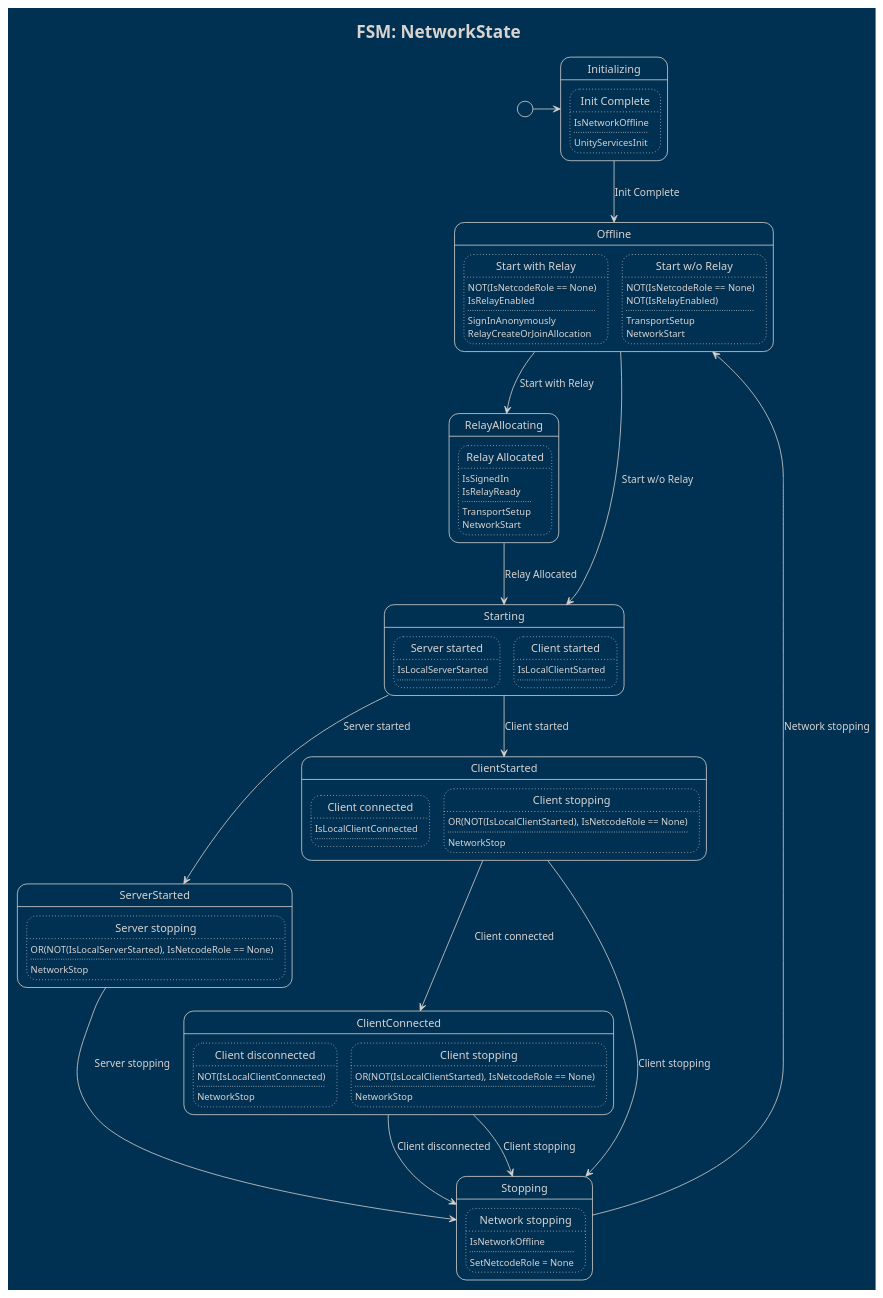
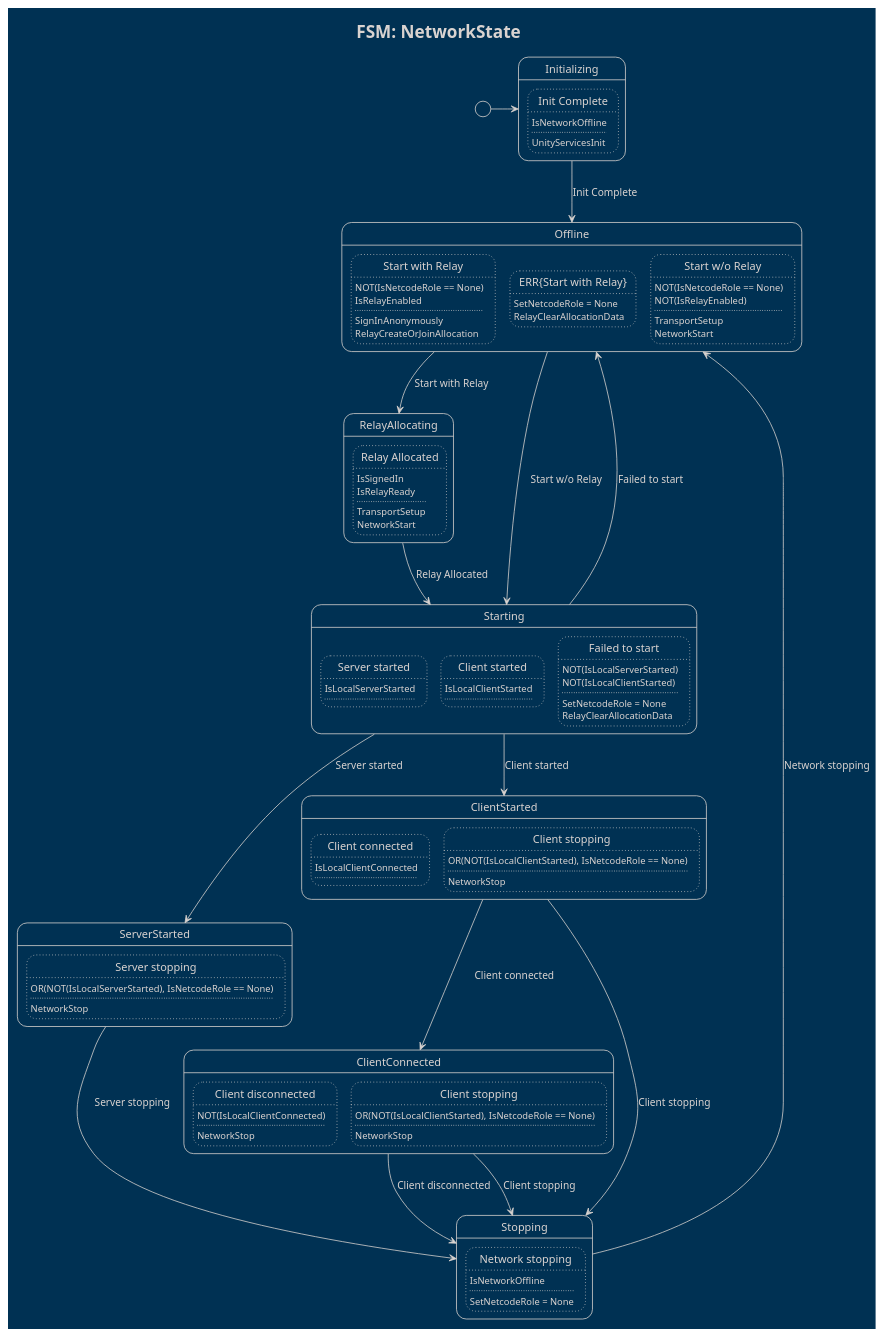
The diagram in PlantUML Diagrams/CodeSmile.BetterNetcode.Network.NetworkState.puml (CodeSmile-0000011110110111/WriteBetterNetcode), drawn with PlantUML before and after one commit. The commit also changed 8 other files, not shown here.

```diff
--- a/PlantUML Diagrams/CodeSmile.BetterNetcode.Network.NetworkState.puml
+++ b/PlantUML Diagrams/CodeSmile.BetterNetcode.Network.NetworkState.puml
@@ -1,124 +1,138 @@
 @startuml
 
 !theme blueprint
 hide empty description
 
 title FSM: NetworkState
 
 state "Initializing" as state0
 state state0 {
 	state "Init Complete" as state0_trans0
 	state state0_trans0 #line.dotted {
 		state0_trans0 : IsNetworkOffline
 		state0_trans0 : ....
 		state0_trans0 : UnityServicesInit
 	}
 }
 state "Offline" as state1
 state state1 {
 	state "Start with Relay" as state1_trans0
 	state state1_trans0 #line.dotted {
 		state1_trans0 : NOT(IsNetcodeRole == None)
 		state1_trans0 : IsRelayEnabled
 		state1_trans0 : ....
 		state1_trans0 : SignInAnonymously
 		state1_trans0 : RelayCreateOrJoinAllocation
+	}
+	state "ERR{Start with Relay}" as state1_err_trans0
+	state state1_err_trans0 #line.dotted {
+		state1_err_trans0 : SetNetcodeRole = None
+		state1_err_trans0 : RelayClearAllocationData
 	}
 	state "Start w/o Relay" as state1_trans1
 	state state1_trans1 #line.dotted {
 		state1_trans1 : NOT(IsNetcodeRole == None)
 		state1_trans1 : NOT(IsRelayEnabled)
 		state1_trans1 : ....
 		state1_trans1 : TransportSetup
 		state1_trans1 : NetworkStart
 	}
 }
 state "RelayAllocating" as state2
 state state2 {
 	state "Relay Allocated" as state2_trans0
 	state state2_trans0 #line.dotted {
 		state2_trans0 : IsSignedIn
 		state2_trans0 : IsRelayReady
 		state2_trans0 : ....
 		state2_trans0 : TransportSetup
 		state2_trans0 : NetworkStart
 	}
 }
 state "Starting" as state3
 state state3 {
 	state "Server started" as state3_trans0
 	state state3_trans0 #line.dotted {
 		state3_trans0 : IsLocalServerStarted
 		state3_trans0 : ....
 	}
 	state "Client started" as state3_trans1
 	state state3_trans1 #line.dotted {
 		state3_trans1 : IsLocalClientStarted
 		state3_trans1 : ....
+	}
+	state "Failed to start" as state3_trans2
+	state state3_trans2 #line.dotted {
+		state3_trans2 : NOT(IsLocalServerStarted)
+		state3_trans2 : NOT(IsLocalClientStarted)
+		state3_trans2 : ....
+		state3_trans2 : SetNetcodeRole = None
+		state3_trans2 : RelayClearAllocationData
 	}
 }
 state "ServerStarted" as state4
 state state4 {
 	state "Server stopping" as state4_trans0
 	state state4_trans0 #line.dotted {
 		state4_trans0 : OR(NOT(IsLocalServerStarted), IsNetcodeRole == None)
 		state4_trans0 : ....
 		state4_trans0 : NetworkStop
 	}
 }
 state "ClientStarted" as state5
 state state5 {
 	state "Client connected" as state5_trans0
 	state state5_trans0 #line.dotted {
 		state5_trans0 : IsLocalClientConnected
 		state5_trans0 : ....
 	}
 	state "Client stopping" as state5_trans1
 	state state5_trans1 #line.dotted {
 		state5_trans1 : OR(NOT(IsLocalClientStarted), IsNetcodeRole == None)
 		state5_trans1 : ....
 		state5_trans1 : NetworkStop
 	}
 }
 state "ClientConnected" as state6
 state state6 {
 	state "Client disconnected" as state6_trans0
 	state state6_trans0 #line.dotted {
 		state6_trans0 : NOT(IsLocalClientConnected)
 		state6_trans0 : ....
 		state6_trans0 : NetworkStop
 	}
 	state "Client stopping" as state6_trans1
 	state state6_trans1 #line.dotted {
 		state6_trans1 : OR(NOT(IsLocalClientStarted), IsNetcodeRole == None)
 		state6_trans1 : ....
 		state6_trans1 : NetworkStop
 	}
 }
 state "Stopping" as state7
 state state7 {
 	state "Network stopping" as state7_trans0
 	state state7_trans0 #line.dotted {
 		state7_trans0 : IsNetworkOffline
 		state7_trans0 : ....
 		state7_trans0 : SetNetcodeRole = None
 	}
 }
 
 
 [*] -> state0
 state0 --> state1 : Init Complete
 state1 --> state2 : Start with Relay
 state1 --> state3 : Start w/o Relay
 state2 --> state3 : Relay Allocated
 state3 --> state4 : Server started
 state3 --> state5 : Client started
+state3 --> state1 : Failed to start
 state4 --> state7 : Server stopping
 state5 --> state6 : Client connected
 state5 --> state7 : Client stopping
 state6 --> state7 : Client disconnected
 state6 --> state7 : Client stopping
 state7 --> state1 : Network stopping
 
 
 @enduml
```
